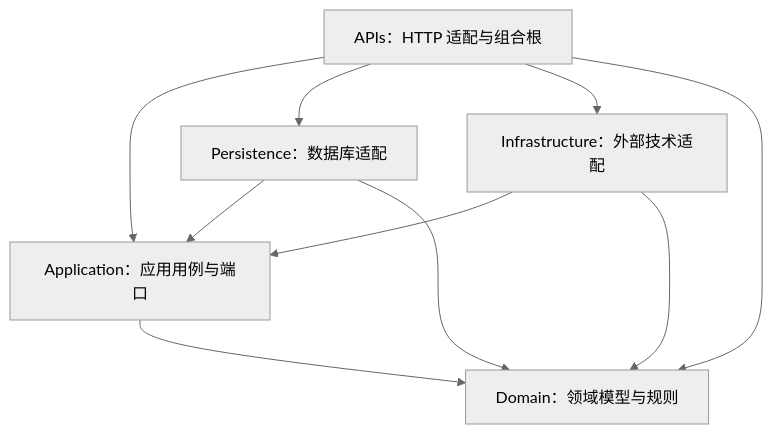
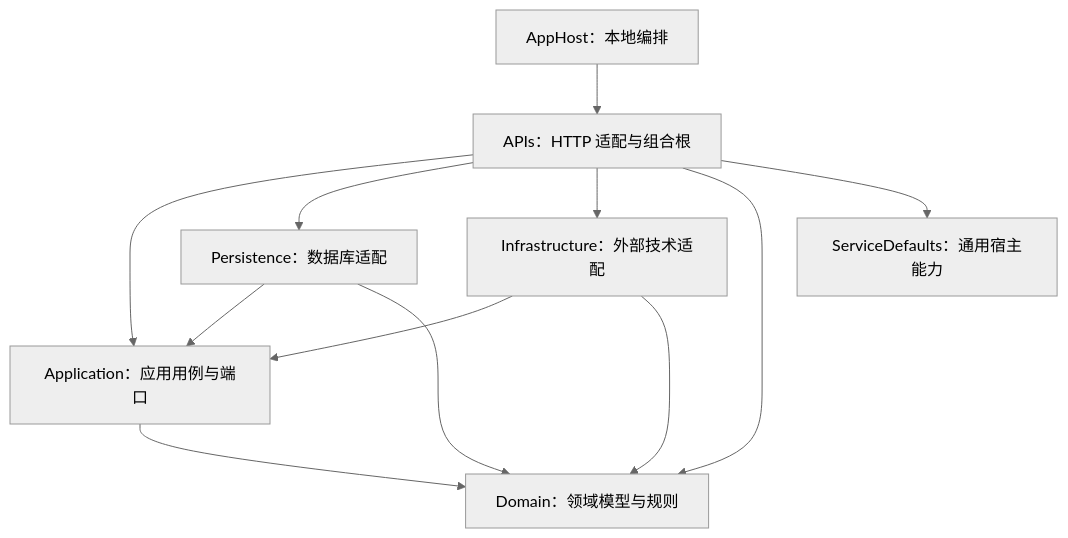
One commit to forres-jiang/MySolution changed the first of 3 diagrams in docs/Architecture.md. Above: the diagram before and after it, drawn with Mermaid (neutral theme). The commit also changed other lines of this file and 44 other files, not shown here.

````diff
--- a/docs/Architecture.md
+++ b/docs/Architecture.md
@@ -7,12 +7,14 @@
 ```mermaid
 flowchart TD
     API[APIs：HTTP 适配与组合根] --> APP[Application：应用用例与端口]
     API --> PER[Persistence：数据库适配]
     API --> INF[Infrastructure：外部技术适配]
     API --> DOM[Domain：领域模型与规则]
     PER --> APP
     PER --> DOM
     INF --> APP
     INF --> DOM
     APP --> DOM
+    API --> DEFAULTS[ServiceDefaults：通用宿主能力]
+    HOST[AppHost：本地编排] --> API
 ```
````
